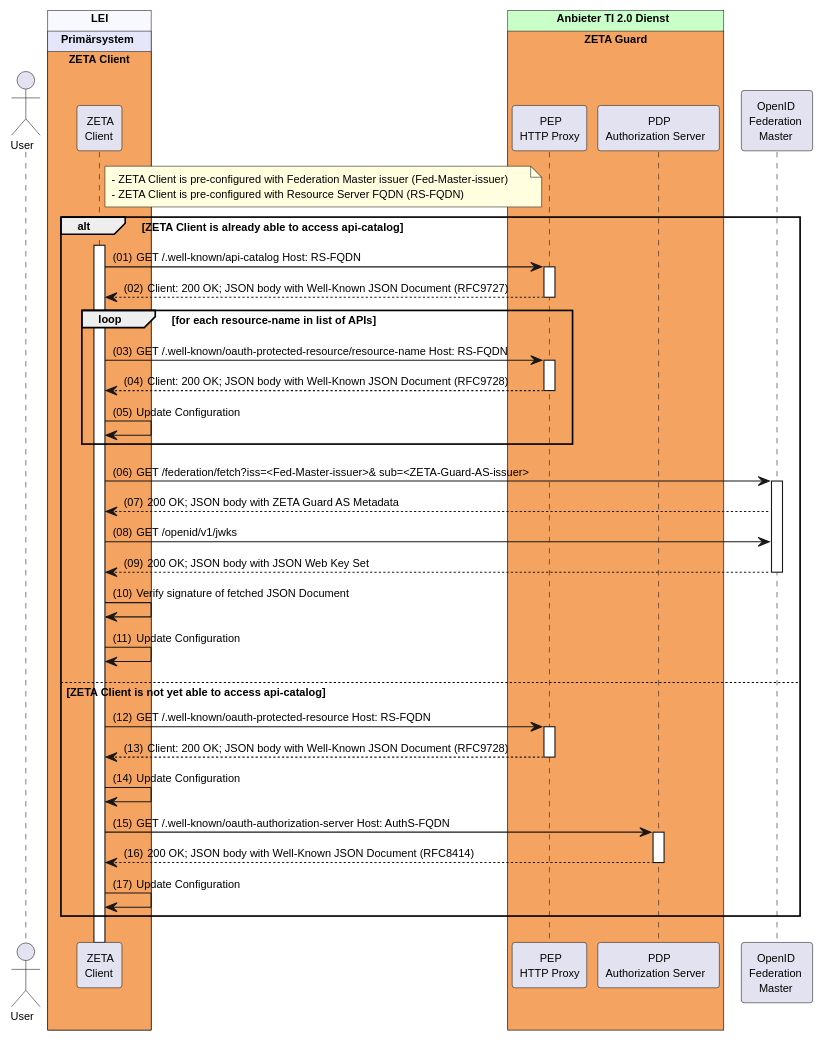
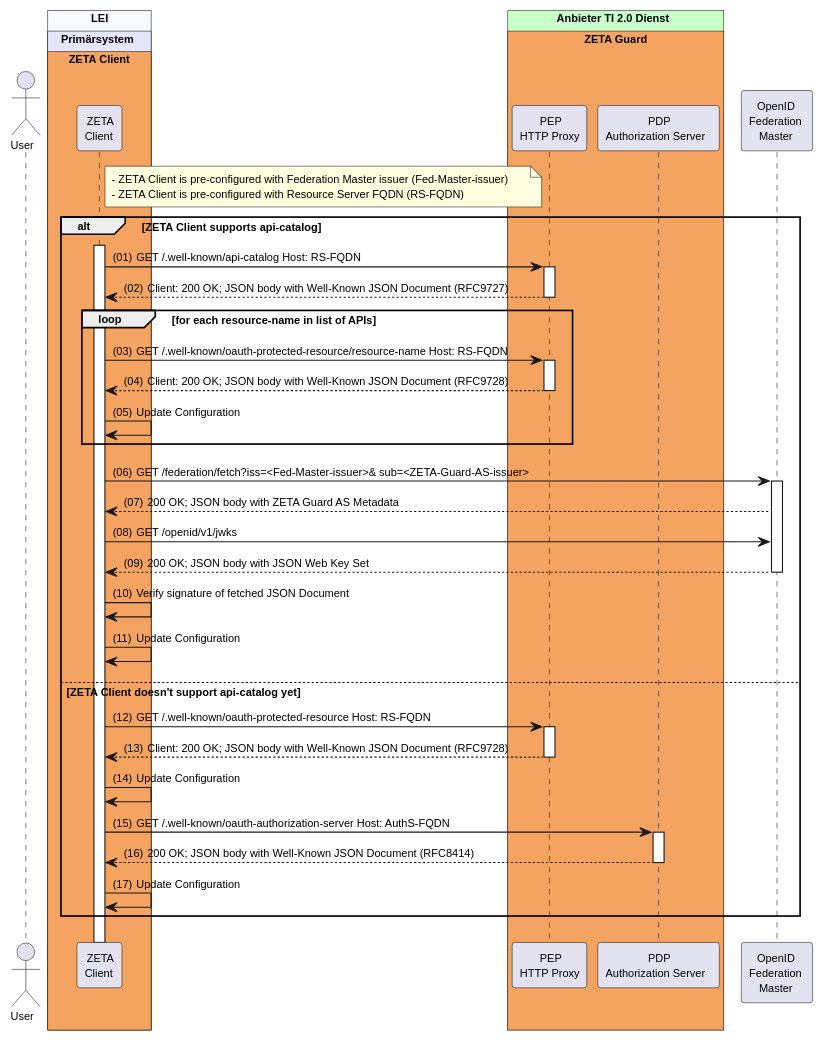
One commit to gematik/zeta changed the diagram in src/plantuml/discovery-and-configuration/discovery-and-configuration.puml. Above: the diagram before and after it, drawn with PlantUML.

Commit message:
refactor: clarify ZETA Client's api-catalog support in documentation

```diff
--- a/src/plantuml/discovery-and-configuration/discovery-and-configuration.puml
+++ b/src/plantuml/discovery-and-configuration/discovery-and-configuration.puml
@@ -1,66 +1,66 @@
 @startuml "discovery-and-configuration"
 autonumber "(00)"
 skinparam defaultFontSize 10
 skinparam defaultFontName Helvetica
 skinparam DefaultMonospacedFontName Courier
 skinparam lengthAdjust none
 skinparam sequenceReferenceBackgroundColor White
 skinparam SequenceReferenceFontSize 12
 /'skinparam SequenceReferenceFontStyle bold
 '/
 
 
 !pragma teoz true
 
 Actor User
 box "LEI" #GhostWhite
   box "Primärsystem" #Lavender
     box "ZETA Client" #SandyBrown
       participant Client as "ZETA\nClient"
     end box
   end box
 end box
 
 box "Anbieter TI 2.0 Dienst" #TECHNOLOGY
   box "ZETA Guard" #SandyBrown
     participant HP as "PEP\nHTTP Proxy"
     participant AuthS as "PDP\nAuthorization Server" 
   end box
 end box
 
 participant FM as "OpenID\nFederation\nMaster"
 
 note right of Client #LightYellow
   - ZETA Client is pre-configured with Federation Master issuer (Fed-Master-issuer)
   - ZETA Client is pre-configured with Resource Server FQDN (RS-FQDN)
 end note
 
-alt ZETA Client is already able to access api-catalog
+alt ZETA Client supports api-catalog
   Client ++
   Client -> HP++: GET /.well-known/api-catalog Host: RS-FQDN
   HP --> Client--: Client: 200 OK; JSON body with Well-Known JSON Document  (RFC9727)
   loop for each resource-name in list of APIs
     Client -> HP ++ : GET /.well-known/oauth-protected-resource/resource-name   Host: RS-FQDN
     HP --> Client--: Client: 200 OK; JSON body with Well-Known JSON Document  (RFC9728)
     Client -> Client: Update Configuration
   end
 
   Client -> FM++: GET /federation/fetch?iss=<Fed-Master-issuer>&  sub=<ZETA-Guard-AS-issuer>
   FM --> Client : 200 OK; JSON body with ZETA Guard AS Metadata
   Client -> FM: GET /openid/v1/jwks
   FM --> Client--: 200 OK; JSON body with JSON Web Key Set
   Client -> Client: Verify signature of fetched JSON Document
   Client -> Client: Update Configuration
 
-else ZETA Client is not yet able to access api-catalog
+else ZETA Client doesn't support api-catalog yet 
 
   Client -> HP ++ : GET /.well-known/oauth-protected-resource Host: RS-FQDN
   HP --> Client--: Client: 200 OK; JSON body with Well-Known JSON Document  (RFC9728)
   Client -> Client: Update Configuration
 
   Client -> AuthS ++ : GET /.well-known/oauth-authorization-server Host:  AuthS-FQDN
   AuthS --> Client -- : 200 OK; JSON body with Well-Known JSON Document   (RFC8414)
 
   Client -> Client: Update Configuration
 end
 @enduml
```
